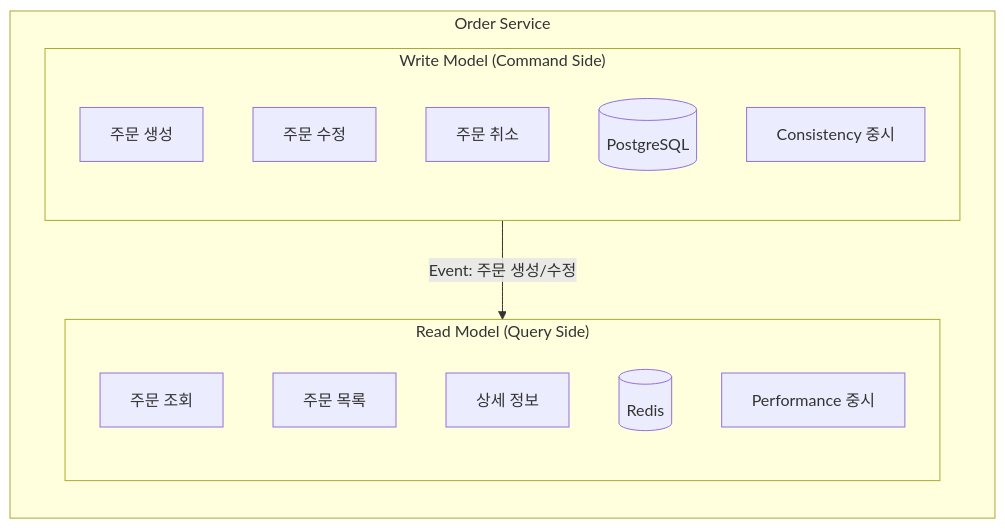
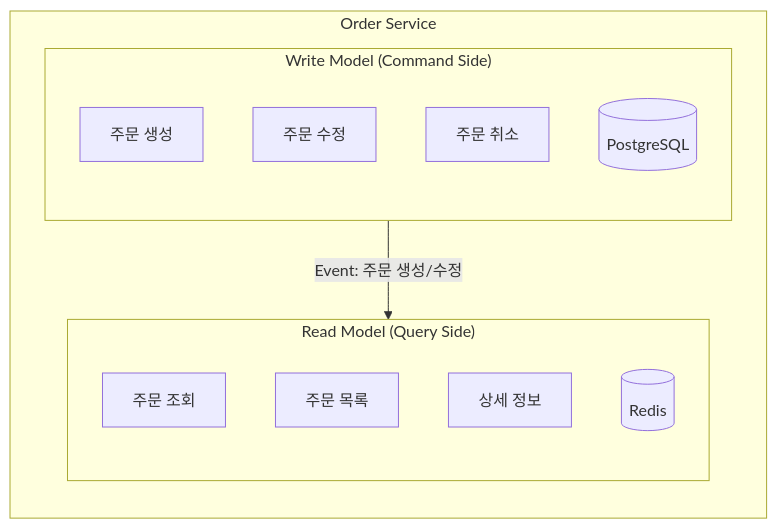
One commit to chachohee/rush-deal changed the third of 3 diagrams in order-service/README.md. Above: the diagram before and after it, drawn with Mermaid. The commit also changed other lines of this file and 6 other files, not shown here.

````diff
--- a/order-service/README.md
+++ b/order-service/README.md
@@ -296,26 +268,24 @@
 ```mermaid
 flowchart TB
     subgraph ORDER["Order Service"]
         direction TB
 
         subgraph WRITE["Write Model (Command Side)"]
             direction TB
             A1["주문 생성"]
             A2["주문 수정"]
             A3["주문 취소"]
             A_DB[(PostgreSQL)]
-            A_note["Consistency 중시"]
         end
 
         subgraph READ["Read Model (Query Side)"]
             direction TB
             B1["주문 조회"]
             B2["주문 목록"]
             B3["상세 정보"]
             B_CACHE[(Redis)]
-            B_note["Performance 중시"]
         end
 
         WRITE -->|Event: 주문 생성/수정| READ
     end
 ```
````
